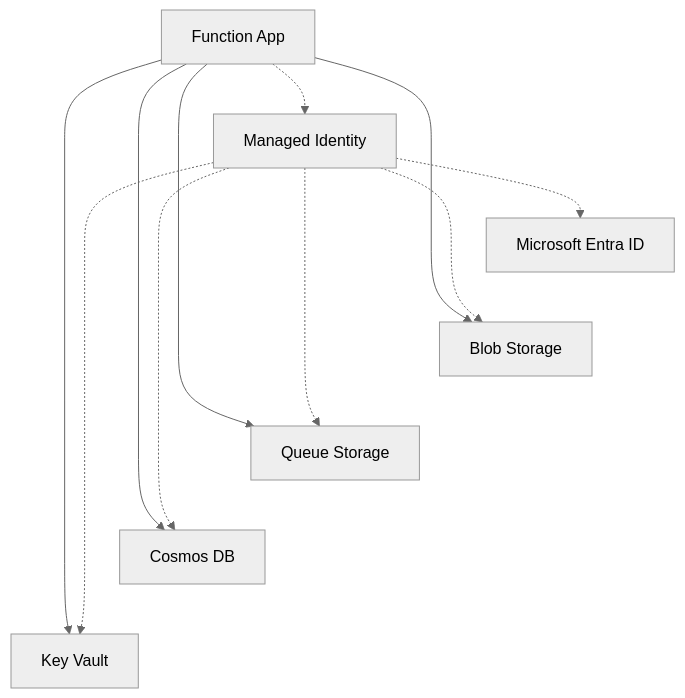
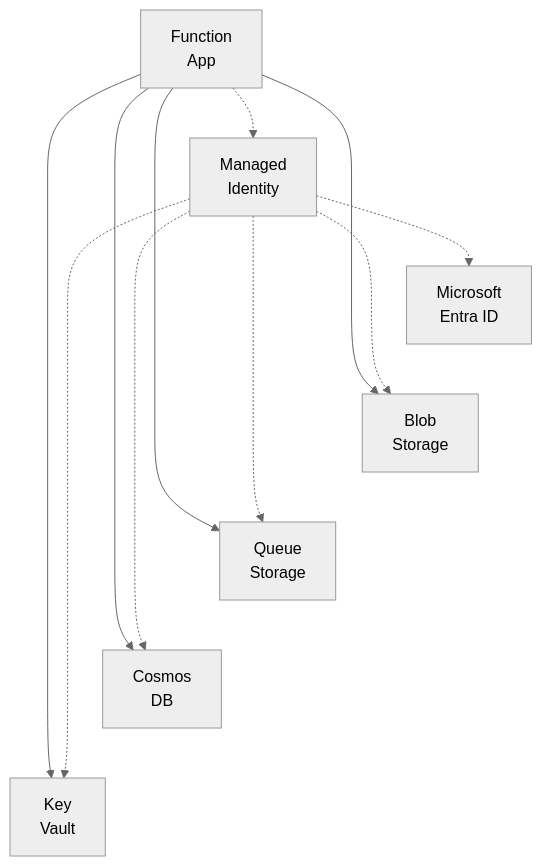
One commit to yeongseon/azure-functions-practical-guide changed the first of 2 diagrams in docs/language-guides/python/recipes/managed-identity.md. Above: the diagram before and after it, drawn with Mermaid (neutral theme).

Commit message:
docs(diagrams): wrap identity labels to meet the mobile reading budget
Keep every original label word and relationship while reducing the natural
width of the tiered managed-identity map after measured rendering.

Refs #360

````diff
--- a/docs/language-guides/python/recipes/managed-identity.md
+++ b/docs/language-guides/python/recipes/managed-identity.md
@@ -31,20 +31,20 @@
 ```mermaid
 flowchart TD
     accTitle: Configured app identity and resource relationships
     accDescr: The function app has a configured managed identity represented in Entra ID and separate application data paths to Blob, Queue, Cosmos DB and Key Vault. Dotted links denote identity and resource-permission associations, not data transit or automatic connections.
-    FA[Function App] -.-> MI[Managed Identity]
-    MI -.-> ENTRA[Microsoft Entra ID]
-    FA --> BLOB[Blob Storage]
-    FA --> QUEUE[Queue Storage]
-    FA --> COSMOS[Cosmos DB]
-    FA --> KV[Key Vault]
+    FA[Function<br/>App] -.-> MI[Managed<br/>Identity]
+    MI -.-> ENTRA[Microsoft<br/>Entra ID]
+    FA --> BLOB[Blob<br/>Storage]
+    FA --> QUEUE[Queue<br/>Storage]
+    FA --> COSMOS[Cosmos<br/>DB]
+    FA --> KV[Key<br/>Vault]
     MI -.-> BLOB
     MI -.-> QUEUE
     MI -.-> COSMOS
     MI -.-> KV
     %% Layout-only links tier the existing resources; they add no service calls or authorization steps.
     ENTRA ~~~ BLOB
     BLOB ~~~ QUEUE
     QUEUE ~~~ COSMOS
     COSMOS ~~~ KV
 ```
````
